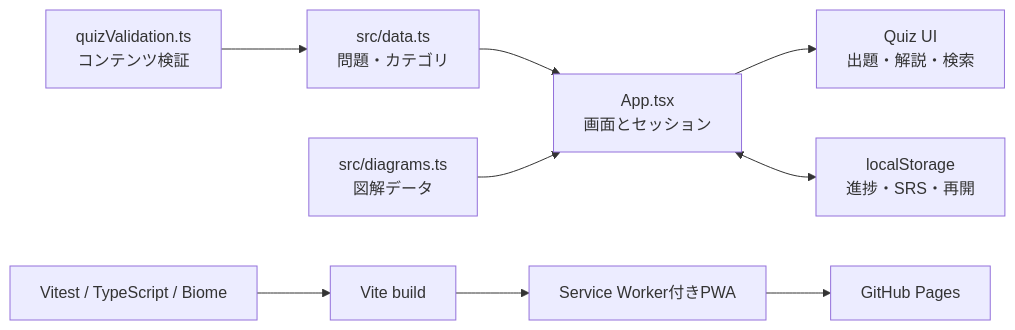
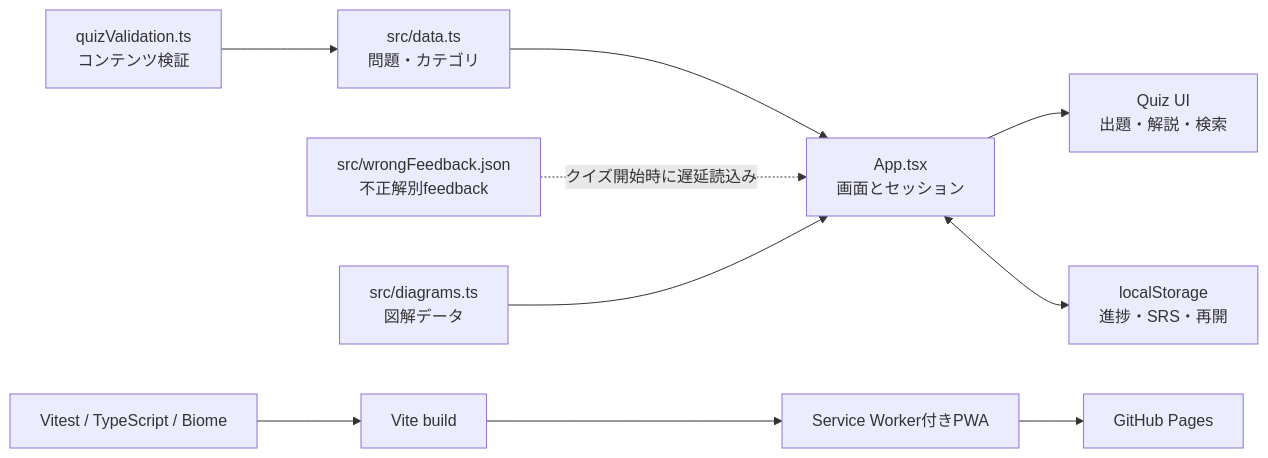
The first of 3 diagrams in docs/ARCHITECTURE.md (ip-san/codex-quiz), drawn with Mermaid before and after one commit. The commit also changed other lines of this file and 8 other files, not shown here.

````diff
--- a/docs/ARCHITECTURE.md
+++ b/docs/ARCHITECTURE.md
@@ -7,11 +7,12 @@
 ```mermaid
 flowchart LR
   D["src/data.ts\n問題・カテゴリ"] --> A["App.tsx\n画面とセッション"]
+  F["src/wrongFeedback.json\n不正解別feedback"] -. クイズ開始時に遅延読込み .-> A
   G["src/diagrams.ts\n図解データ"] --> A
   A --> C["Quiz UI\n出題・解説・検索"]
   A <--> L["localStorage\n進捗・SRS・再開"]
   V["quizValidation.ts\nコンテンツ検証"] --> D
   T["Vitest / TypeScript / Biome"] --> B["Vite build"]
   B --> P["Service Worker付きPWA"]
   P --> H["GitHub Pages"]
 ```
````
